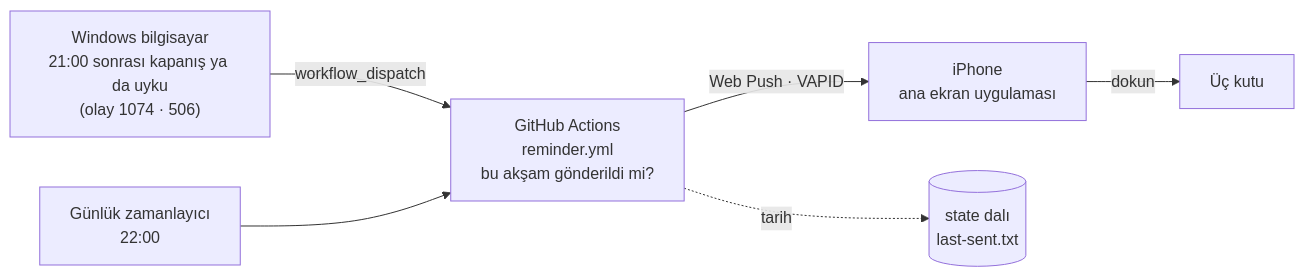
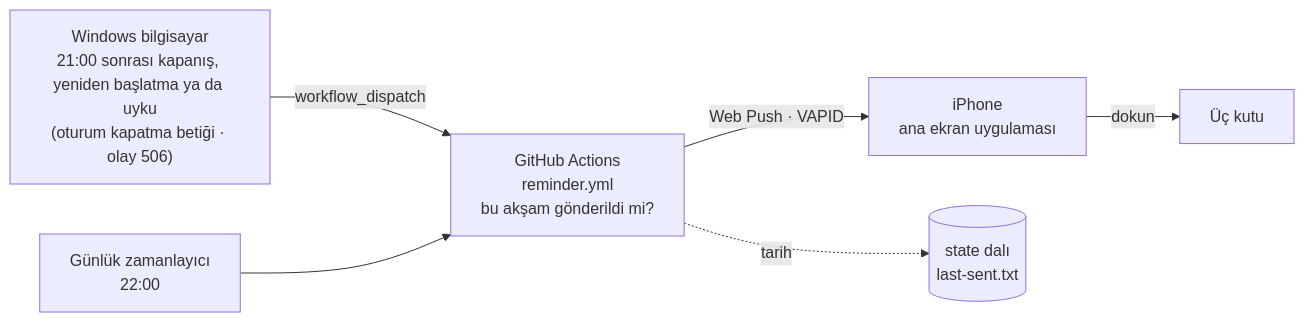
The diagram in README.tr.md (YILDIRIMZX/aksam-notu), drawn with Mermaid before and after one commit. The commit also changed other lines of this file and 12 other files, not shown here.

Commit message:
1.3.0: Gece bildirimi düzeltildi, bilgisayar yerel saatini UTC farkıyla gönderiyor, kapanış oturum kapatma betiğiyle yakalanıyor

````diff
--- a/README.tr.md
+++ b/README.tr.md
@@ -33,8 +33,8 @@
 ```mermaid
 flowchart LR
-  PC["Windows bilgisayar<br/>21:00 sonrası kapanış ya da uyku<br/>(olay 1074 · 506)"] -- "workflow_dispatch" --> GA
+  PC["Windows bilgisayar<br/>21:00 sonrası kapanış, yeniden başlatma ya da uyku<br/>(oturum kapatma betiği · olay 506)"] -- "workflow_dispatch" --> GA
   Cron["Günlük zamanlayıcı<br/>22:00"] --> GA
   GA["GitHub Actions<br/>reminder.yml<br/>bu akşam gönderildi mi?"] -- "Web Push · VAPID" --> Phone["iPhone<br/>ana ekran uygulaması"]
   GA -. "tarih" .-> State[("state dalı<br/>last-sent.txt")]
   Phone -- "dokun" --> Note["Üç kutu"]
 ```
````
